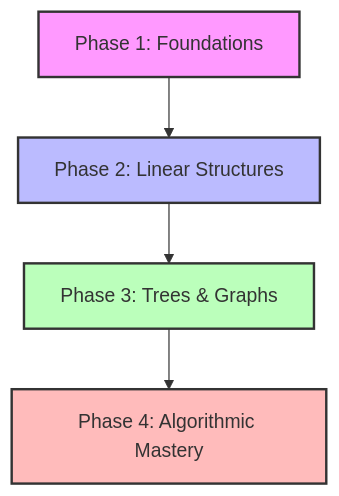
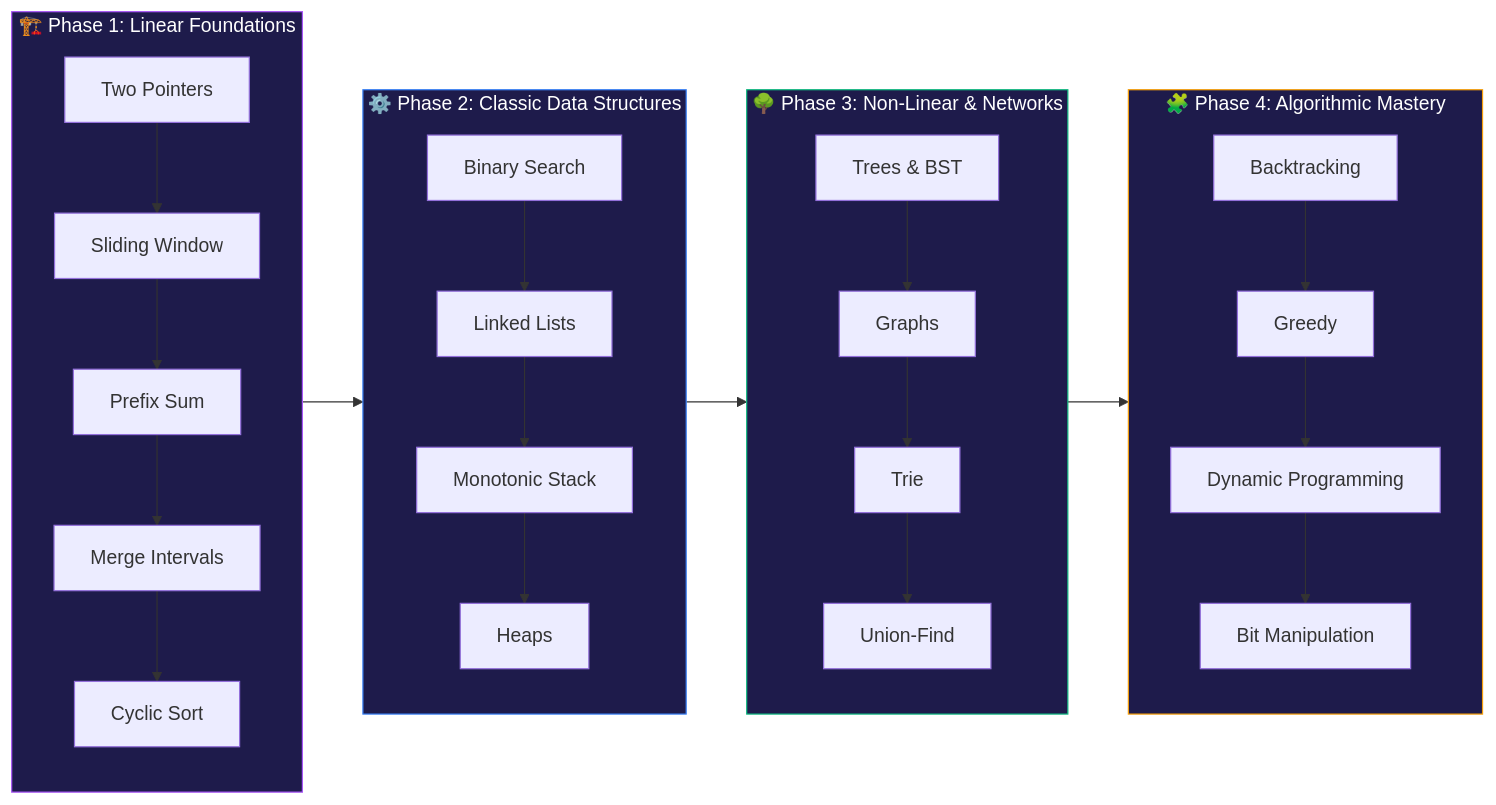
Before and after one commit to devagarwal2503/DSA-Learning: the first of 4 diagrams in README.md, drawn with Mermaid. The commit also changed other lines of this file, not shown here.

````diff
--- a/README.md
+++ b/README.md
@@ -42,10 +74,40 @@
 ```mermaid
-graph TD
-    A[Phase 1: Foundations] --> B[Phase 2: Linear Structures]
-    B --> C[Phase 3: Trees & Graphs]
-    C --> D[Phase 4: Algorithmic Mastery]
-    style A fill:#f9f,stroke:#333,stroke-width:2px
-    style B fill:#bbf,stroke:#333,stroke-width:2px
-    style C fill:#bfb,stroke:#333,stroke-width:2px
-    style D fill:#fbb,stroke:#333,stroke-width:2px
+graph LR
+    subgraph P1["🏗️ Phase 1: Linear Foundations"]
+        direction TB
+        A1[Two Pointers] --> A2[Sliding Window]
+        A2 --> A3[Prefix Sum]
+        A3 --> A4[Merge Intervals]
+        A4 --> A5[Cyclic Sort]
+    end
+
+    subgraph P2["⚙️ Phase 2: Classic Data Structures"]
+        direction TB
+        B1[Binary Search] --> B2[Linked Lists]
+        B2 --> B3[Monotonic Stack]
+        B3 --> B4[Heaps]
+    end
+
+    subgraph P3["🌳 Phase 3: Non-Linear & Networks"]
+        direction TB
+        C1[Trees & BST] --> C2[Graphs]
+        C2 --> C3[Trie]
+        C3 --> C4[Union-Find]
+    end
+
+    subgraph P4["🧩 Phase 4: Algorithmic Mastery"]
+        direction TB
+        D1[Backtracking] --> D2[Greedy]
+        D2 --> D3[Dynamic Programming]
+        D3 --> D4[Bit Manipulation]
+    end
+
+    P1 --> P2
+    P2 --> P3
+    P3 --> P4
+
+    style P1 fill:#1e1b4b,stroke:#A855F7,color:#fff
+    style P2 fill:#1e1b4b,stroke:#3B82F6,color:#fff
+    style P3 fill:#1e1b4b,stroke:#10B981,color:#fff
+    style P4 fill:#1e1b4b,stroke:#F59E0B,color:#fff
 ```
````
